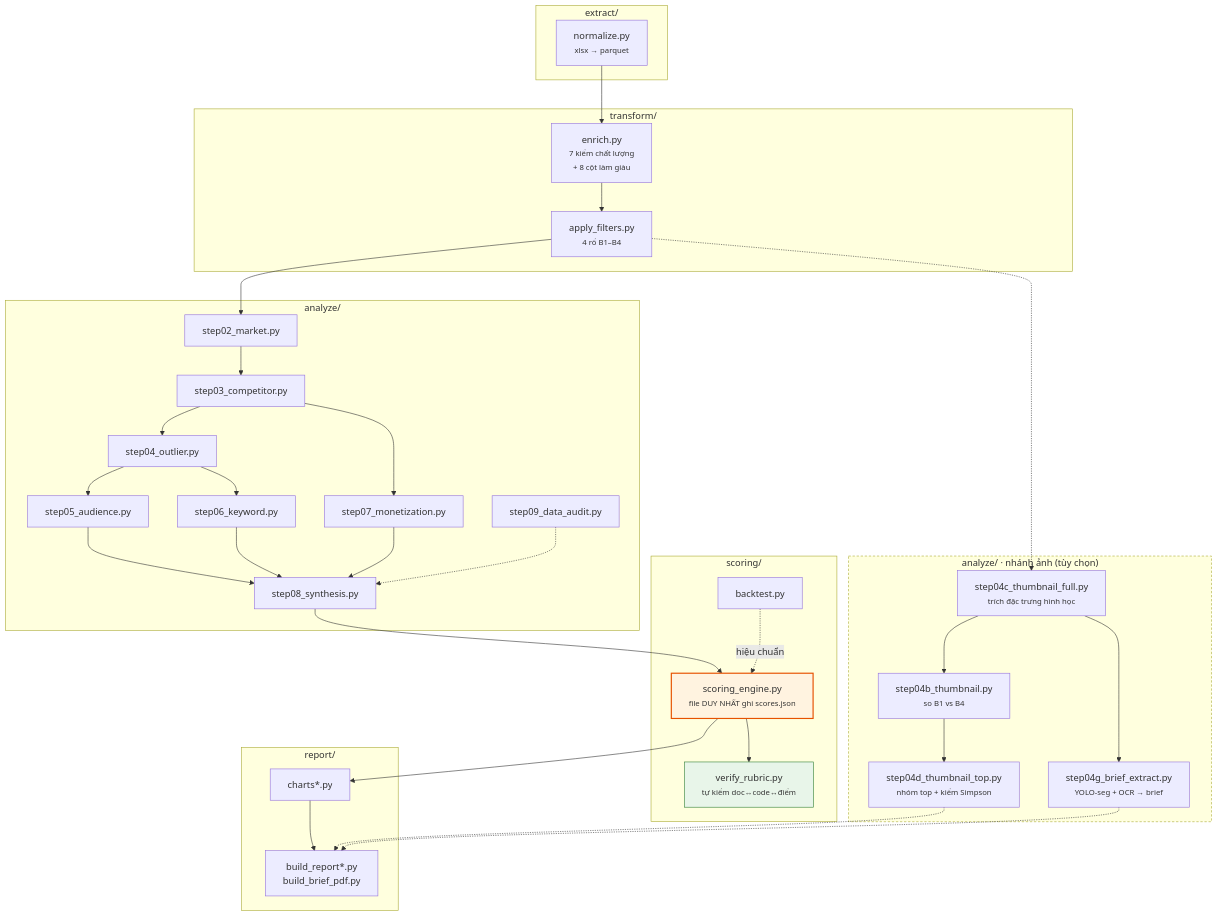
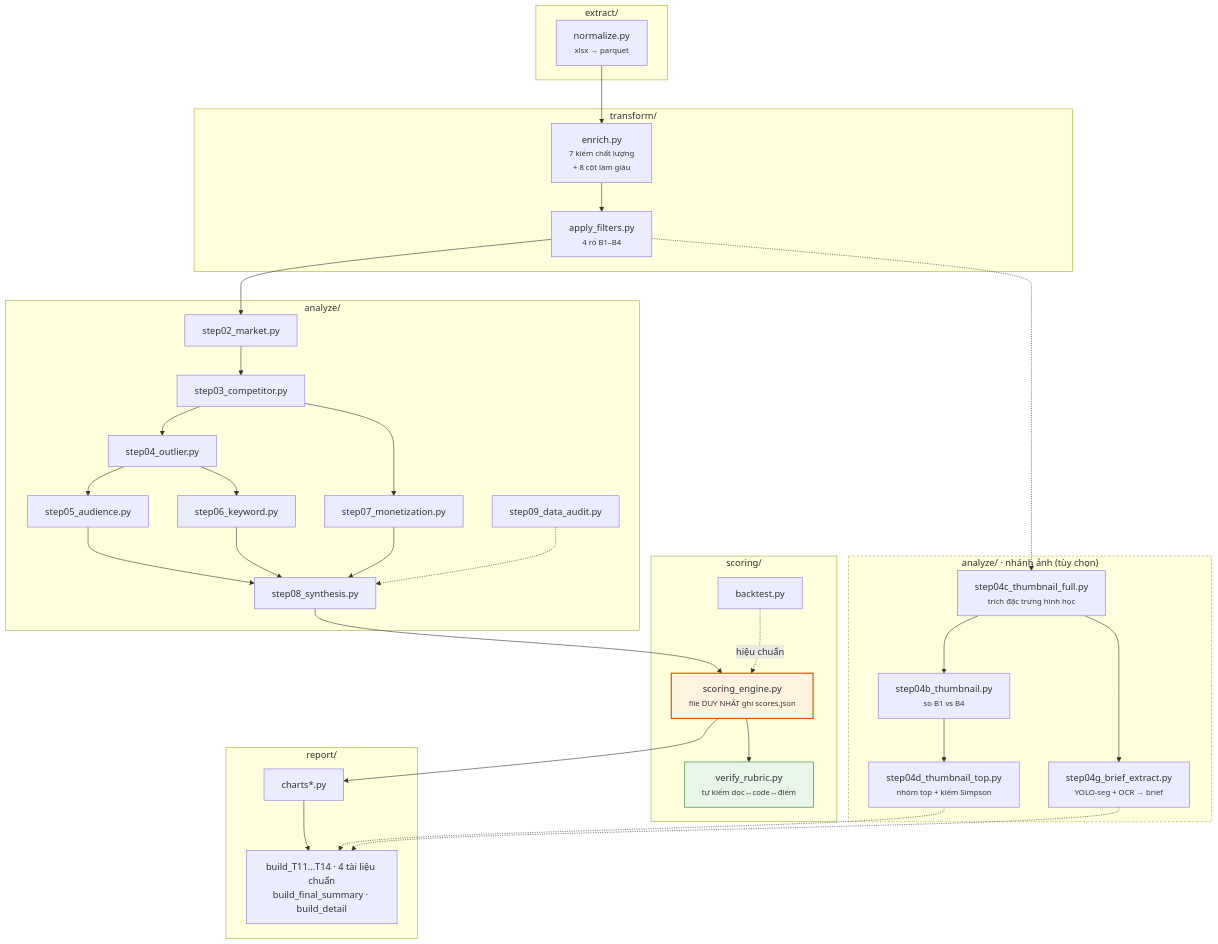
Before and after one commit to ht-nah98/NCTT: the ninth of 10 diagrams in framework/00_system/01_ARCHITECTURE.md, drawn with Mermaid. The commit also changed other lines of this file and 88 other files, not shown here.

````diff
--- a/framework/00_system/01_ARCHITECTURE.md
+++ b/framework/00_system/01_ARCHITECTURE.md
@@ -391,50 +391,50 @@
 ```mermaid
 flowchart TB
     subgraph EX["extract/"]
         NRM["normalize.py<br/><small>xlsx → parquet</small>"]
     end
     subgraph TR["transform/"]
         ENR["enrich.py<br/><small>7 kiểm chất lượng<br/>+ 8 cột làm giàu</small>"]
         FLT["apply_filters.py<br/><small>4 rổ B1–B4</small>"]
     end
     subgraph AN["analyze/"]
         A2["step02_market.py"]
         A3["step03_competitor.py"]
         A4["step04_outlier.py"]
         A5["step05_audience.py"]
         A6["step06_keyword.py"]
         A7["step07_monetization.py"]
         A8["step08_synthesis.py"]
         A9["step09_data_audit.py"]
     end
     subgraph TH["analyze/ · nhánh ảnh (tùy chọn)"]
         T1["step04c_thumbnail_full.py<br/><small>trích đặc trưng hình học</small>"]
         T2["step04b_thumbnail.py<br/><small>so B1 vs B4</small>"]
         T3["step04d_thumbnail_top.py<br/><small>nhóm top + kiểm Simpson</small>"]
         T4["step04g_brief_extract.py<br/><small>YOLO-seg + OCR → brief</small>"]
     end
     subgraph SC["scoring/"]
         SE["scoring_engine.py<br/><small>file DUY NHẤT ghi scores.json</small>"]
         VR["verify_rubric.py<br/><small>tự kiểm doc↔code↔điểm</small>"]
         BT["backtest.py"]
     end
     subgraph RP["report/"]
         CH["charts*.py"]
-        BR["build_report*.py<br/>build_brief_pdf.py"]
+        BR["build_T11…T14 · 4 tài liệu chuẩn<br/>build_final_summary · build_detail"]
     end
 
     NRM --> ENR --> FLT --> A2 --> A3 --> A4
     A4 --> A5 & A6
     A3 --> A7
     A5 & A6 & A7 --> A8 --> SE --> VR
     A9 -.-> A8
     FLT -.-> T1 --> T2 --> T3
     T1 --> T4
     SE --> CH --> BR
     T3 & T4 -.-> BR
     BT -.->|"hiệu chuẩn"| SE
 
     style SE fill:#fff3e0,stroke:#e65100,stroke-width:2px
     style VR fill:#e8f5e9,stroke:#2e7d32
     style TH stroke-dasharray:4 3
 ```
````
